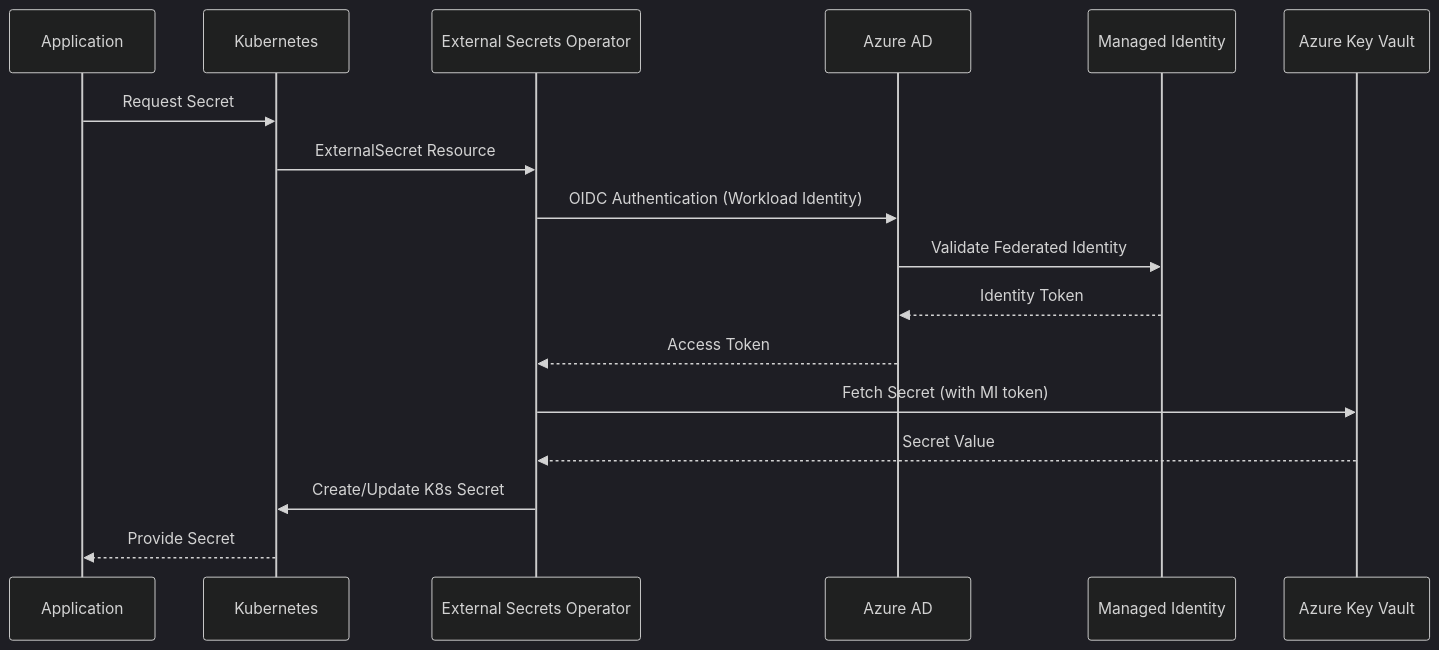
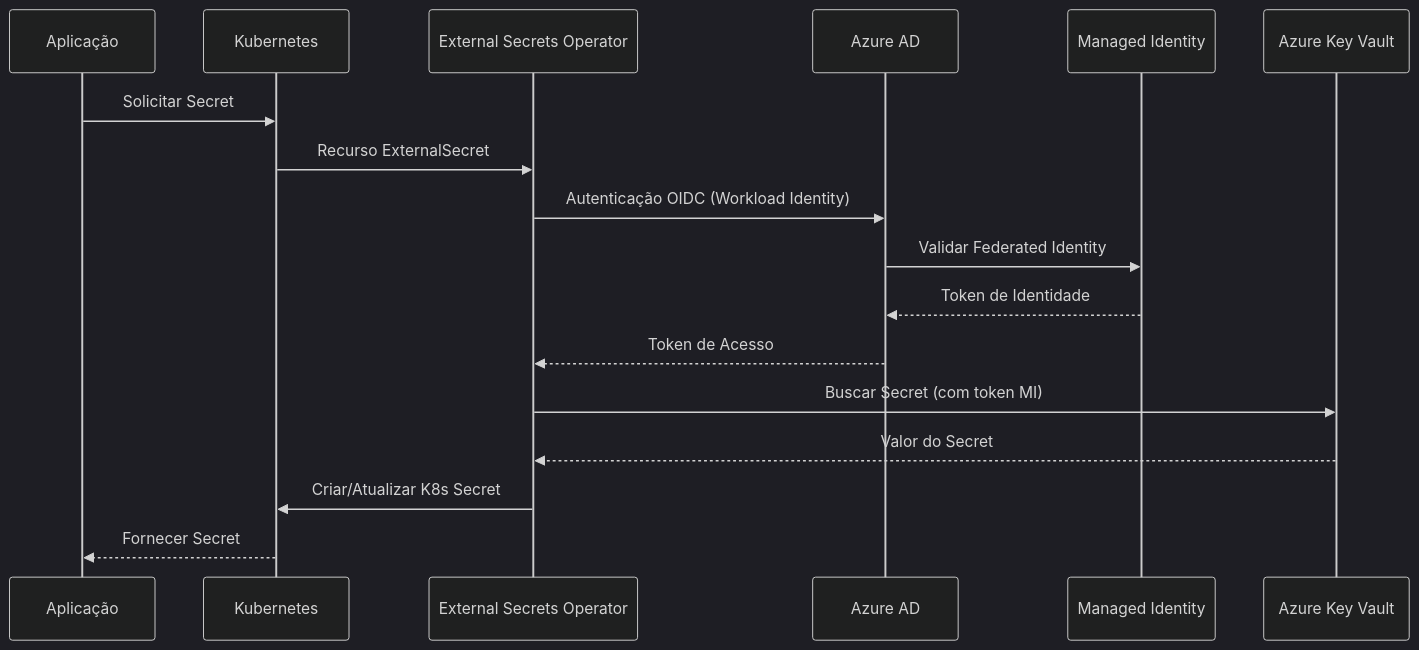
One commit to toolbox-tech/embracon changed the third of 3 diagrams in Secret Management/SOLUTION-DIAGRAM.md. Above: the diagram before and after it, drawn with Mermaid (dark theme). The commit also changed other lines of this file, not shown here.

Commit message:
docs(akv): translate solution diagram

````diff
--- a/Secret Management/SOLUTION-DIAGRAM.md
+++ b/Secret Management/SOLUTION-DIAGRAM.md
@@ -129,20 +129,20 @@
 ```mermaid
 sequenceDiagram
-    participant App as Application
+    participant App as Aplicação
     participant K8s as Kubernetes
     participant ESO as External Secrets Operator
     participant AAD as Azure AD
     participant MI as Managed Identity
     participant AKV as Azure Key Vault
 
-    App->>K8s: Request Secret
-    K8s->>ESO: ExternalSecret Resource
-    ESO->>AAD: OIDC Authentication (Workload Identity)
-    AAD->>MI: Validate Federated Identity
-    MI-->>AAD: Identity Token
-    AAD-->>ESO: Access Token
-    ESO->>AKV: Fetch Secret (with MI token)
-    AKV-->>ESO: Secret Value
-    ESO->>K8s: Create/Update K8s Secret
-    K8s-->>App: Provide Secret
+    App->>K8s: Solicitar Secret
+    K8s->>ESO: Recurso ExternalSecret
+    ESO->>AAD: Autenticação OIDC (Workload Identity)
+    AAD->>MI: Validar Federated Identity
+    MI-->>AAD: Token de Identidade
+    AAD-->>ESO: Token de Acesso
+    ESO->>AKV: Buscar Secret (com token MI)
+    AKV-->>ESO: Valor do Secret
+    ESO->>K8s: Criar/Atualizar K8s Secret
+    K8s-->>App: Fornecer Secret
 ```
````
